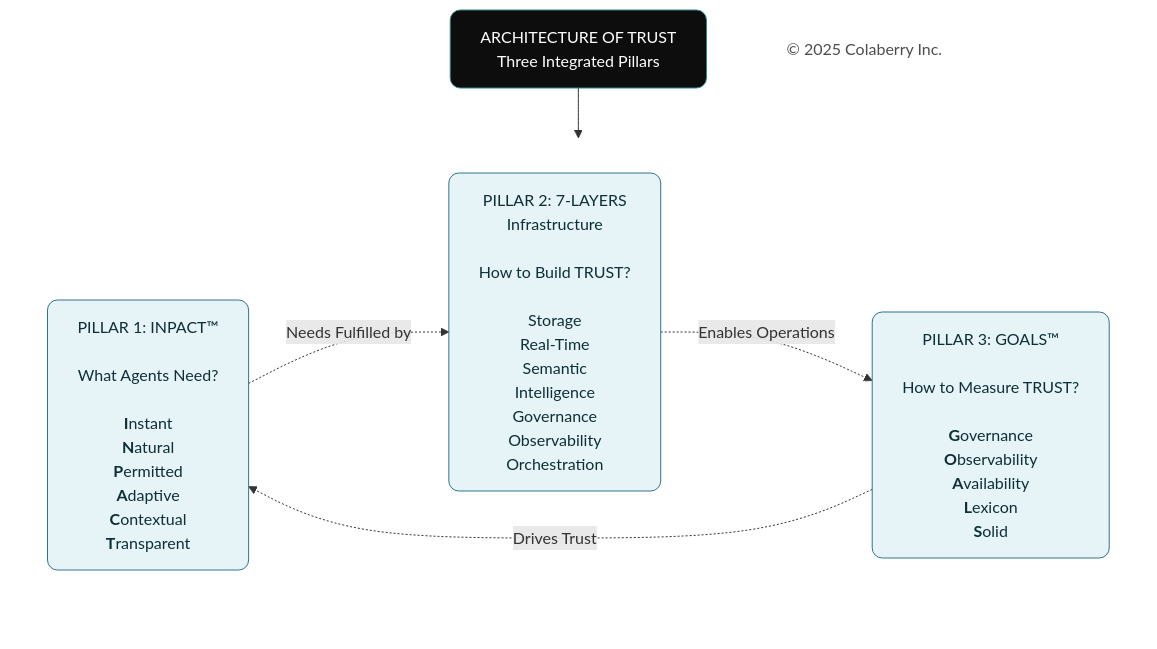
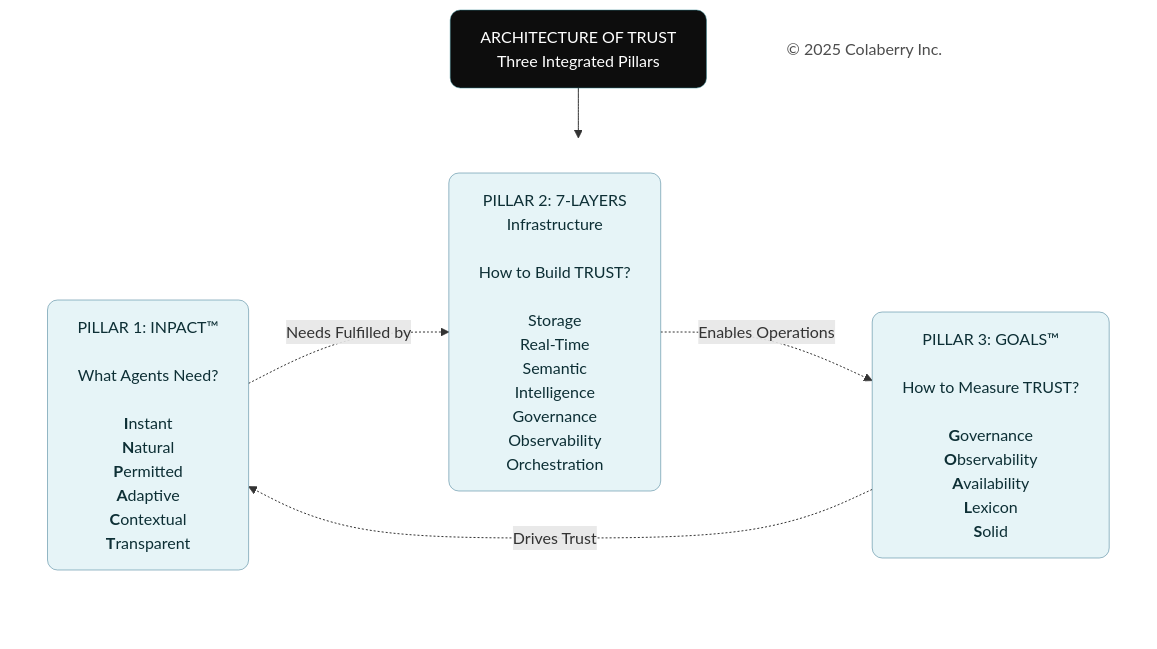
One commit to saitejesh-cyber/trust-before-intelligence-book changed the fourth of 4 diagrams in manuscript/01_chapter_0_trust_before_intelligence.md. Above: the diagram before and after it, drawn with Mermaid. The commit also changed other lines of this file and 12 other files, not shown here.

Commit message:
Update stroke width to 0.5px instead of 1px to all the diagrams

````diff
--- a/manuscript/01_chapter_0_trust_before_intelligence.md
+++ b/manuscript/01_chapter_0_trust_before_intelligence.md
@@ -293,29 +293,29 @@
 ```mermaid
 graph TB
     Title["ARCHITECTURE OF TRUST<br/>Three Integrated Pillars"]
     
     subgraph PILLARS[" "]
         direction LR
         INPACT["PILLAR 1: INPACT™<br/><br/>What Agents Need?<br/><br/><b>I</b>nstant<br/><b>N</b>atural<br/><b>P</b>ermitted<br/><b>A</b>daptive<br/><b>C</b>ontextual<br/><b>T</b>ransparent"]
         
         Layers["PILLAR 2: 7-LAYERS<br/>Infrastructure<br/><br/>How to Build TRUST?<br/><br/>Storage<br/>Real-Time<br/>Semantic<br/>Intelligence<br/>Governance<br/>Observability<br/>Orchestration"]
         
         GOALS["PILLAR 3: GOALS™<br/><br/>How to Measure TRUST?<br/><br/><b>G</b>overnance<br/><b>O</b>bservability<br/><b>A</b>vailability<br/><b>L</b>exicon<br/><b>S</b>olid"]
     end
     
     Copyright["© 2025 Colaberry Inc."]
     
     Title --> PILLARS
     
     INPACT -.->|"Needs Fulfilled by"| Layers
     Layers -.->|"Enables Operations"| GOALS
     GOALS -.->|"Drives Trust"| INPACT
     
-    style Title fill:#0D0D0D,color:#FFFFFF,stroke:#30838C,stroke-width:1px,rx:10,ry:10
+    style Title fill:#0D0D0D,color:#FFFFFF,stroke:#30838C,stroke-width:0.5px,rx:10,ry:10
     style PILLARS fill:none,stroke:none
-    style INPACT fill:#E6F4F7,color:#0D2F35,stroke:#32738C,stroke-width:1px,rx:10,ry:10
-    style Layers fill:#E6F4F7,color:#0D2F35,stroke:#32738C,stroke-width:1px,rx:10,ry:10
-    style GOALS fill:#E6F4F7,color:#0D2F35,stroke:#32738C,stroke-width:1px,rx:10,ry:10
+    style INPACT fill:#E6F4F7,color:#0D2F35,stroke:#32738C,stroke-width:0.5px,rx:10,ry:10
+    style Layers fill:#E6F4F7,color:#0D2F35,stroke:#32738C,stroke-width:0.5px,rx:10,ry:10
+    style GOALS fill:#E6F4F7,color:#0D2F35,stroke:#32738C,stroke-width:0.5px,rx:10,ry:10
     style Copyright fill:none,stroke:none,color:#4D4D4D
 
 ```
````
